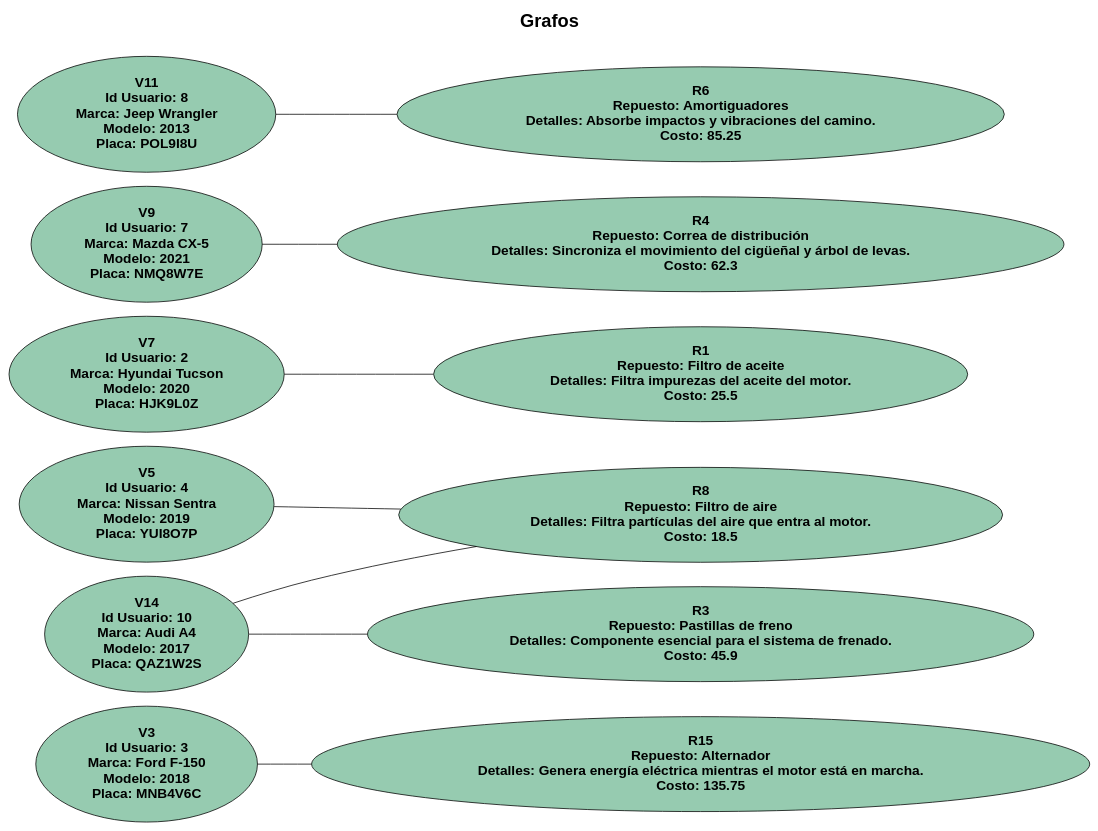
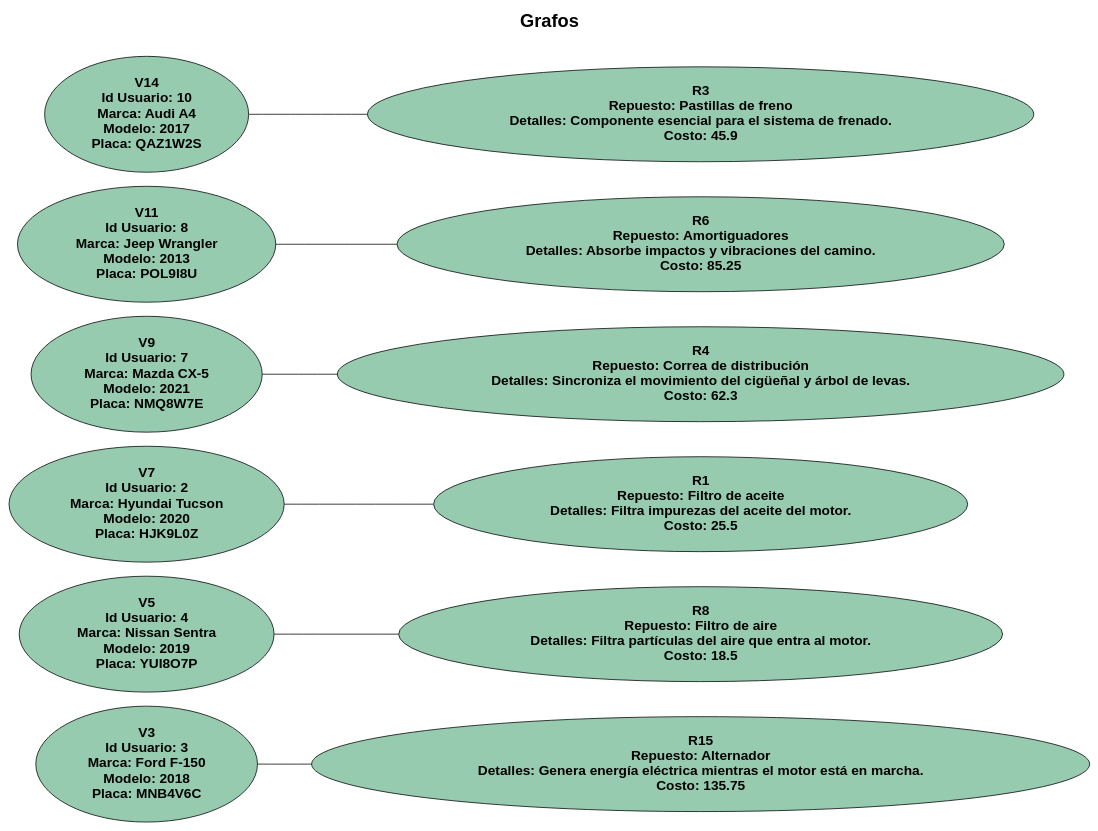
Before and after one commit to Saloj17/-EDD-1S2025_201900081: the diagram in Fase3/Reportes/grafo.dot, drawn with Graphviz. The commit also changed 18 other files, not shown here.

```diff
--- a/Fase3/Reportes/grafo.dot
+++ b/Fase3/Reportes/grafo.dot
@@ -1,80 +1,70 @@
 graph G {
 rankdir ="LR";
 label = "Grafos
 
 ";
 
 labelloc = "t";
 fontsize = 24;
 fontname = "Helvetica-Bold";
 V3[label="V3 
  Id Usuario: 3
  Marca: Ford F-150
  Modelo: 2018 
  Placa: MNB4V6C"  style="filled" fillcolor="#96cbb0" fontname="Helvetica-Bold" fontsize = 18];
 R15 [label="R15 
  Repuesto: Alternador 
  Detalles: Genera energía eléctrica mientras el motor está en marcha. 
  Costo: 135.75"   style="filled" fillcolor="#96cbb0" fontname="Helvetica-Bold" fontsize = 18];
 V3 -- R15 [dir=normal];
 V5[label="V5 
  Id Usuario: 4
  Marca: Nissan Sentra
  Modelo: 2019 
  Placa: YUI8O7P"  style="filled" fillcolor="#96cbb0" fontname="Helvetica-Bold" fontsize = 18];
 R8 [label="R8 
  Repuesto: Filtro de aire 
  Detalles: Filtra partículas del aire que entra al motor. 
  Costo: 18.5"   style="filled" fillcolor="#96cbb0" fontname="Helvetica-Bold" fontsize = 18];
 V5 -- R8 [dir=normal];
 V7[label="V7 
  Id Usuario: 2
  Marca: Hyundai Tucson
  Modelo: 2020 
  Placa: HJK9L0Z"  style="filled" fillcolor="#96cbb0" fontname="Helvetica-Bold" fontsize = 18];
 R1 [label="R1 
  Repuesto: Filtro de aceite 
  Detalles: Filtra impurezas del aceite del motor. 
  Costo: 25.5"   style="filled" fillcolor="#96cbb0" fontname="Helvetica-Bold" fontsize = 18];
 V7 -- R1 [dir=normal];
 V9[label="V9 
  Id Usuario: 7
  Marca: Mazda CX-5
  Modelo: 2021 
  Placa: NMQ8W7E"  style="filled" fillcolor="#96cbb0" fontname="Helvetica-Bold" fontsize = 18];
 R4 [label="R4 
  Repuesto: Correa de distribución 
  Detalles: Sincroniza el movimiento del cigüeñal y árbol de levas. 
  Costo: 62.3"   style="filled" fillcolor="#96cbb0" fontname="Helvetica-Bold" fontsize = 18];
 V9 -- R4 [dir=normal];
 V11[label="V11 
  Id Usuario: 8
  Marca: Jeep Wrangler
  Modelo: 2013 
  Placa: POL9I8U"  style="filled" fillcolor="#96cbb0" fontname="Helvetica-Bold" fontsize = 18];
 R6 [label="R6 
  Repuesto: Amortiguadores 
  Detalles: Absorbe impactos y vibraciones del camino. 
  Costo: 85.25"   style="filled" fillcolor="#96cbb0" fontname="Helvetica-Bold" fontsize = 18];
 V11 -- R6 [dir=normal];
 V14[label="V14 
  Id Usuario: 10
  Marca: Audi A4
  Modelo: 2017 
  Placa: QAZ1W2S"  style="filled" fillcolor="#96cbb0" fontname="Helvetica-Bold" fontsize = 18];
-R8 [label="R8 
- Repuesto: Filtro de aire 
- Detalles: Filtra partículas del aire que entra al motor. 
- Costo: 18.5"   style="filled" fillcolor="#96cbb0" fontname="Helvetica-Bold" fontsize = 18];
-V14 -- R8 [dir=normal];
-V14[label="V14 
- Id Usuario: 10
- Marca: Audi A4
- Modelo: 2017 
- Placa: QAZ1W2S"  style="filled" fillcolor="#96cbb0" fontname="Helvetica-Bold" fontsize = 18];
 R3 [label="R3 
  Repuesto: Pastillas de freno 
  Detalles: Componente esencial para el sistema de frenado. 
  Costo: 45.9"   style="filled" fillcolor="#96cbb0" fontname="Helvetica-Bold" fontsize = 18];
 V14 -- R3 [dir=normal];
 }
```
